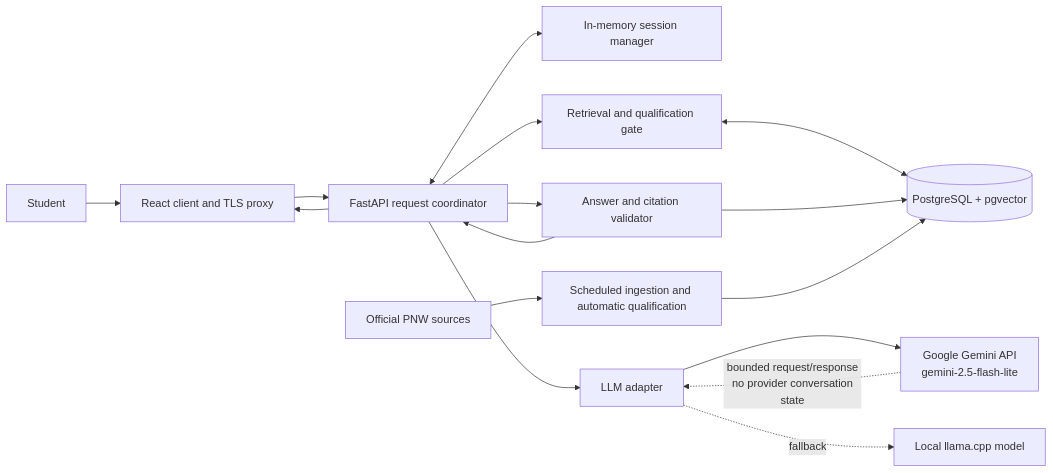
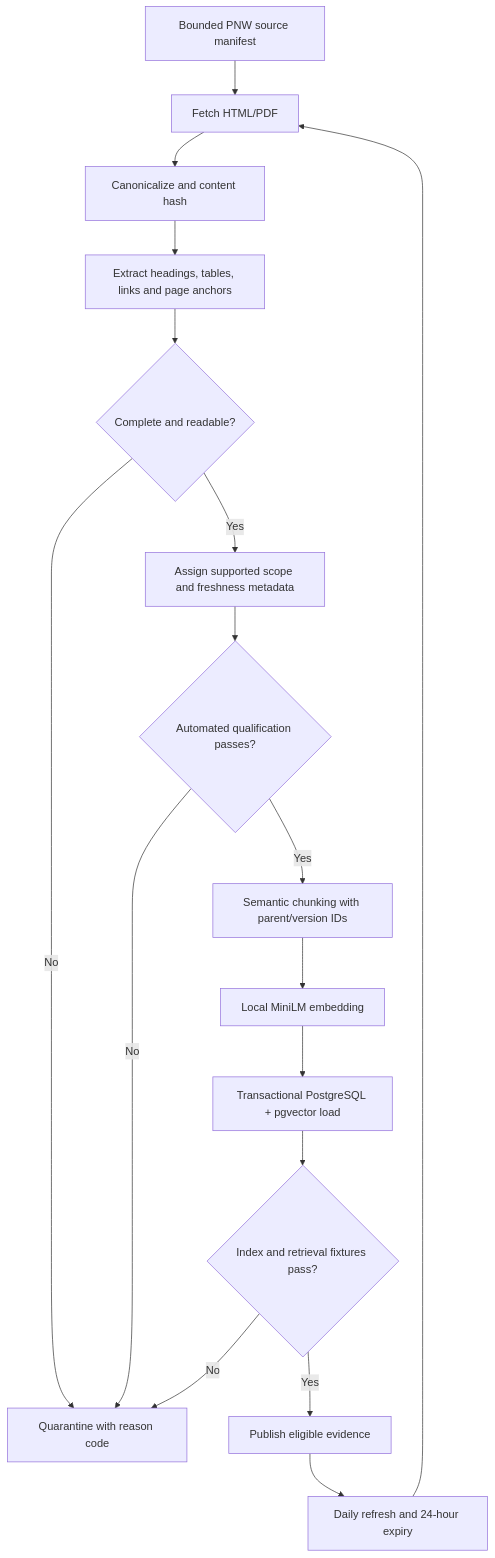
The third of 3 diagrams in specs/001-pnw-student-chatbot/plan.md (DKCodes-03/ChatBox), drawn with Mermaid before and after one commit. The commit also changed other lines of this file and 1 other file, not shown here.

````diff
--- a/specs/001-pnw-student-chatbot/plan.md
+++ b/specs/001-pnw-student-chatbot/plan.md
@@ -282,18 +257,19 @@
 ```mermaid
-flowchart LR
-    Student[Student] --> Web[React client and TLS proxy]
-    Web --> API[FastAPI request coordinator]
-    API <--> Session[In-memory session manager]
-    API --> Retrieve[Retrieval and qualification gate]
-    Retrieve <--> DB[(PostgreSQL + pgvector)]
-    API --> Adapter[LLM adapter]
-    Adapter --> Gemini[Google Gemini API\n gemini-2.5-flash-lite]
-    Adapter -. fallback .-> Local[Local llama.cpp model]
-    Gemini -. bounded request/response\n no provider conversation state .-> Adapter
-    API --> Validate[Answer and citation validator]
-    Validate --> DB
-    Validate --> API
-    API --> Web
-    Sources[Official PNW sources] --> Ingest[Scheduled ingestion and automatic qualification]
-    Ingest --> DB
+flowchart TD
+    A[Bounded PNW source manifest] --> B[Fetch HTML/PDF]
+    B --> C[Canonicalize and content hash]
+    C --> D[Extract headings, tables, links and page anchors]
+    D --> E{Complete and readable?}
+    E -- No --> Q[Quarantine with reason code]
+    E -- Yes --> F[Assign supported scope and freshness metadata]
+    F --> G{Automated qualification passes?}
+    G -- No --> Q
+    G -- Yes --> H[Semantic chunking with parent/version IDs]
+    H --> I[Local MiniLM embedding]
+    I --> J[Transactional PostgreSQL + pgvector load]
+    J --> K{Index and retrieval fixtures pass?}
+    K -- No --> Q
+    K -- Yes --> L[Publish eligible evidence]
+    L --> M[Daily refresh and 24-hour expiry]
+    M --> B
 ```
````
